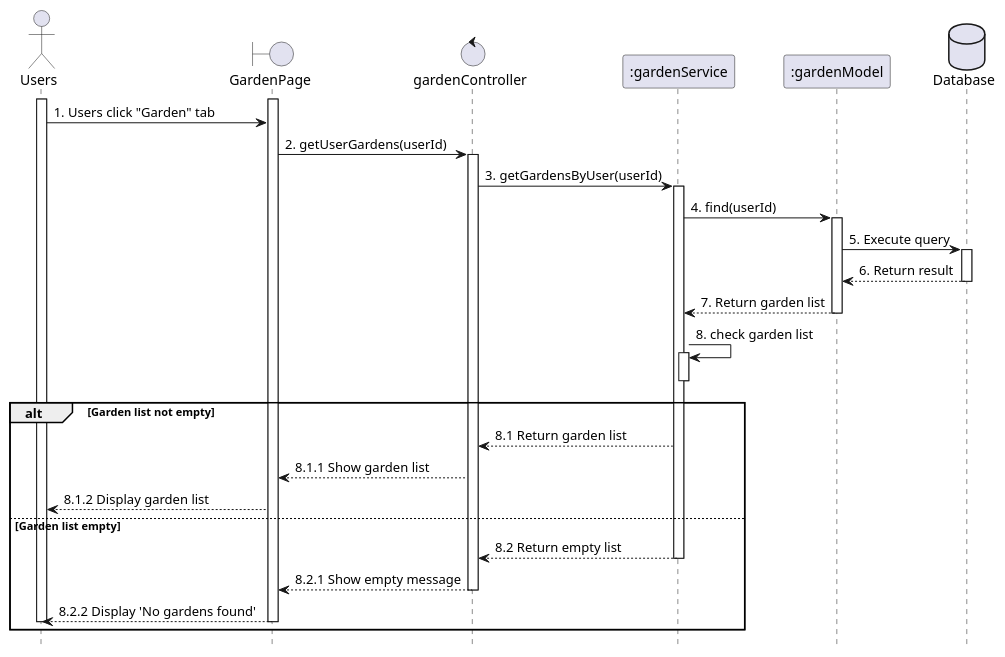
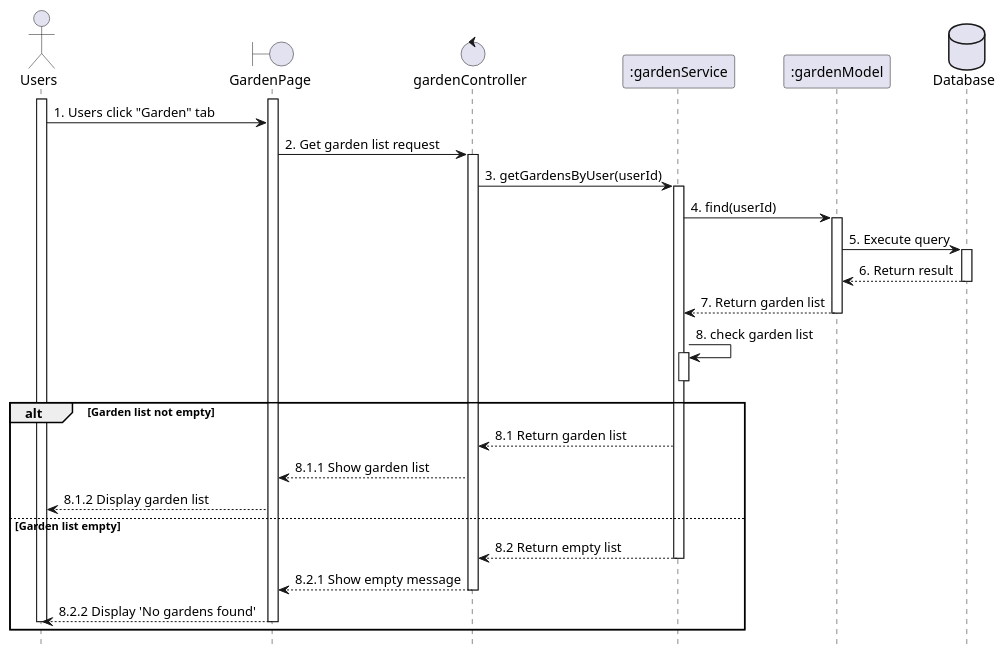
Before and after one commit to VietDurian/VietDurian: the diagram in planuml/web/142_viewGardenList.puml, drawn with PlantUML. The commit also changed 33 other files, not shown here.

```diff
--- a/planuml/web/142_viewGardenList.puml
+++ b/planuml/web/142_viewGardenList.puml
@@ -1,46 +1,46 @@
 @startuml 142_viewGardenList
 skinparam shadowing false
 skinparam sequenceArrowThickness 1
 hide footbox
 
 actor Farmer as "Users"
 boundary GardenPage as UI 
 control gardenController as Controller 
 participant ":gardenService" as Service 
 participant ":gardenModel" as Model 
 database Database as DB 
 
 activate Farmer
 activate UI
 Farmer -> UI : 1. Users click "Garden" tab
 
-UI -> Controller : 2. getUserGardens(userId)
+UI -> Controller : 2. Get garden list request
 activate Controller
 
 Controller -> Service : 3. getGardensByUser(userId)
 activate Service
 Service -> Model : 4. find(userId)
 activate Model
 Model -> DB : 5. Execute query
 activate DB
 DB --> Model : 6. Return result
 deactivate DB
 Model --> Service : 7. Return garden list
 deactivate Model
     Service -> Service : 8. check garden list
 activate Service
 deactivate Service
 alt Garden list not empty
     Service --> Controller : 8.1 Return garden list
     Controller --> UI : 8.1.1 Show garden list
     UI --> Farmer : 8.1.2 Display garden list
 else Garden list empty
     Service --> Controller : 8.2 Return empty list
     deactivate Service
     Controller --> UI : 8.2.1 Show empty message
     deactivate Controller
     UI --> Farmer : 8.2.2 Display 'No gardens found'
     deactivate UI
     deactivate Farmer
 end
 @enduml
```
